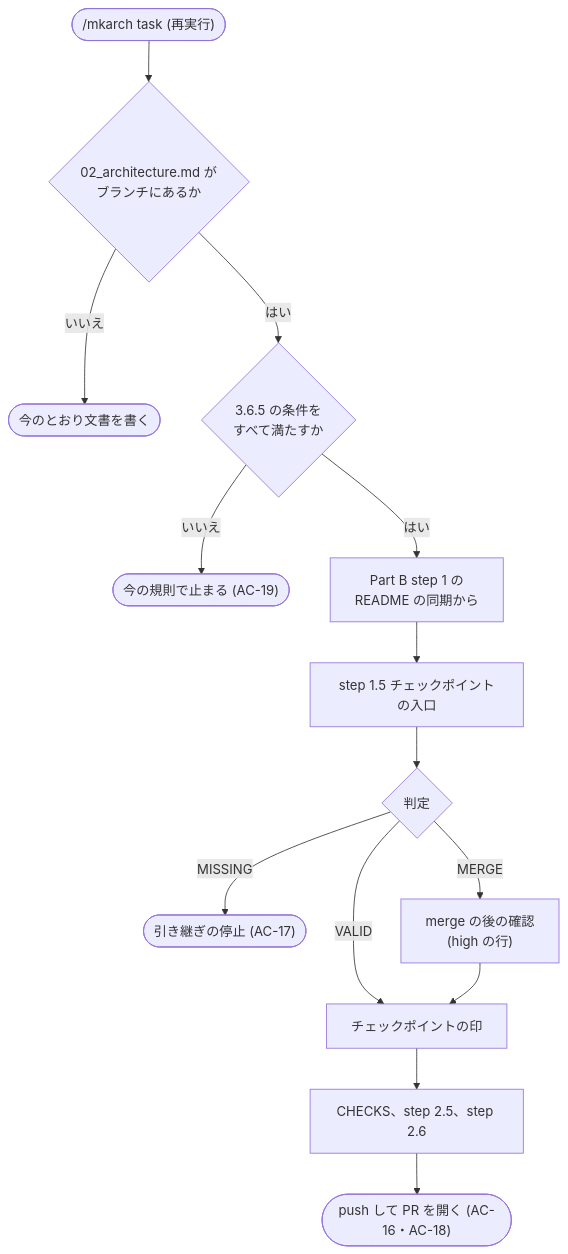
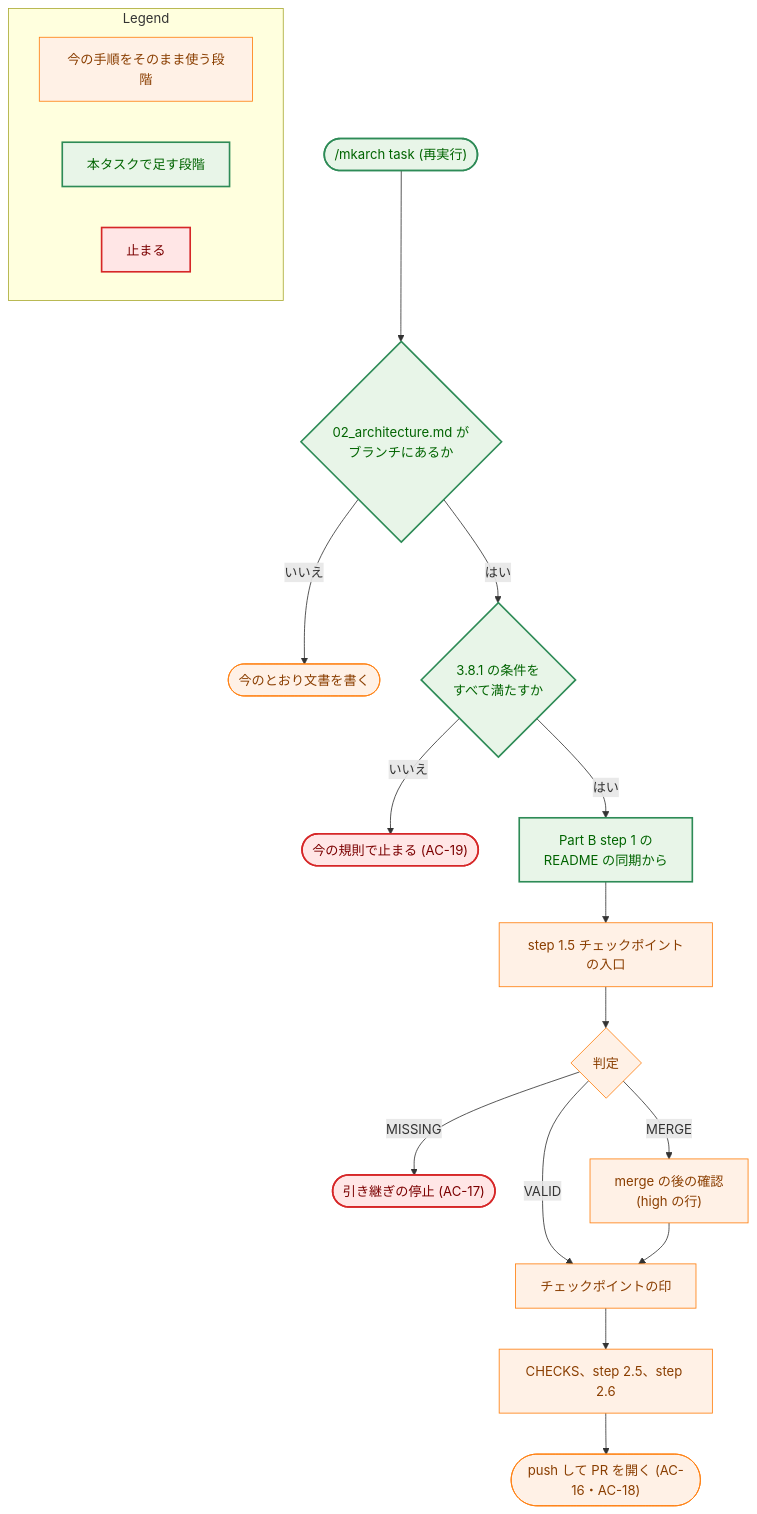
The sixth of 6 diagrams in docs/tasks/0131_cross_check_light_role/02_architecture.md (isseis/yt2column), drawn with Mermaid before and after one commit. The commit also changed other lines of this file and 1 other file, not shown here.

First line of the commit message:
docs(0131): address review findings on the cross-check role architecture

````diff
--- a/docs/tasks/0131_cross_check_light_role/02_architecture.md
+++ b/docs/tasks/0131_cross_check_light_role/02_architecture.md
@@ -662,16 +716,33 @@
 ```mermaid
 flowchart TD
+    classDef process fill:#fff1e6,stroke:#ff7f0e,stroke-width:1px,color:#8a3e00;
+    classDef enhanced fill:#e8f5e8,stroke:#2e8b57,stroke-width:2px,color:#006400;
+    classDef problem fill:#ffe6e6,stroke:#d62728,stroke-width:2px,color:#7b0000;
+
     Start(["/mkarch task (再実行)"]) --> Exists{"02_architecture.md が<br>ブランチにあるか"}
     Exists -->|"いいえ"| Normal(["今のとおり文書を書く"])
-    Exists -->|"はい"| Cond{"3.6.5 の条件を<br>すべて満たすか"}
+    Exists -->|"はい"| Cond{"3.8.1 の条件を<br>すべて満たすか"}
     Cond -->|"いいえ"| StopCond(["今の規則で止まる (AC-19)"])
     Cond -->|"はい"| Readme["Part B step 1 の<br>README の同期から"]
     Readme --> Check["step 1.5 チェックポイントの入口"]
     Check --> Res{"判定"}
     Res -->|"VALID"| Mark["チェックポイントの印"]
     Res -->|"MISSING"| Handoff(["引き継ぎの停止 (AC-17)"])
     Res -->|"MERGE"| MergeCheck["merge の後の確認<br>(high の行)"]
     MergeCheck --> Mark
     Mark --> Rest["CHECKS、step 2.5、step 2.6"]
     Rest --> PR(["push して PR を開く (AC-16・AC-18)"])
+
+    class Normal,Check,Res,Mark,MergeCheck,Rest,PR process
+    class Start,Exists,Cond,Readme enhanced
+    class StopCond,Handoff problem
+
+    subgraph Legend["Legend"]
+        L1["今の手順をそのまま使う段階"]
+        L2["本タスクで足す段階"]
+        L3["止まる"]
+    end
+    class L1 process
+    class L2 enhanced
+    class L3 problem
 ```
````
